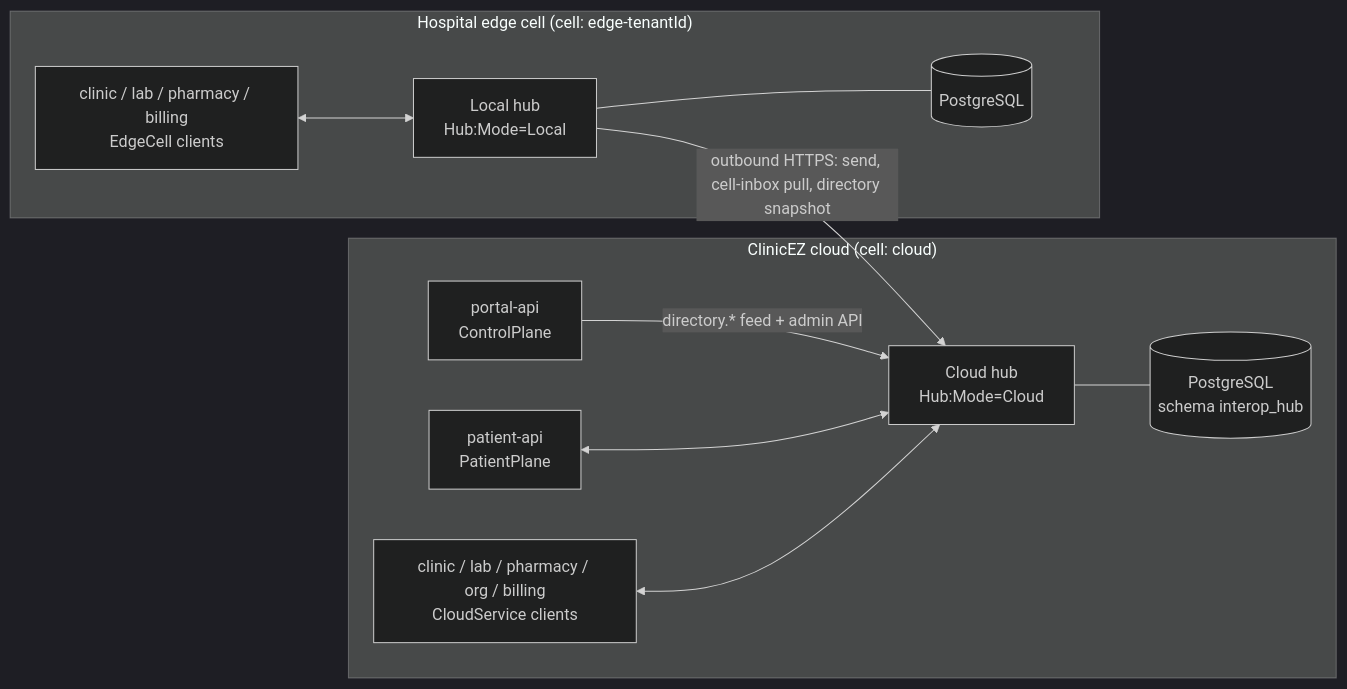
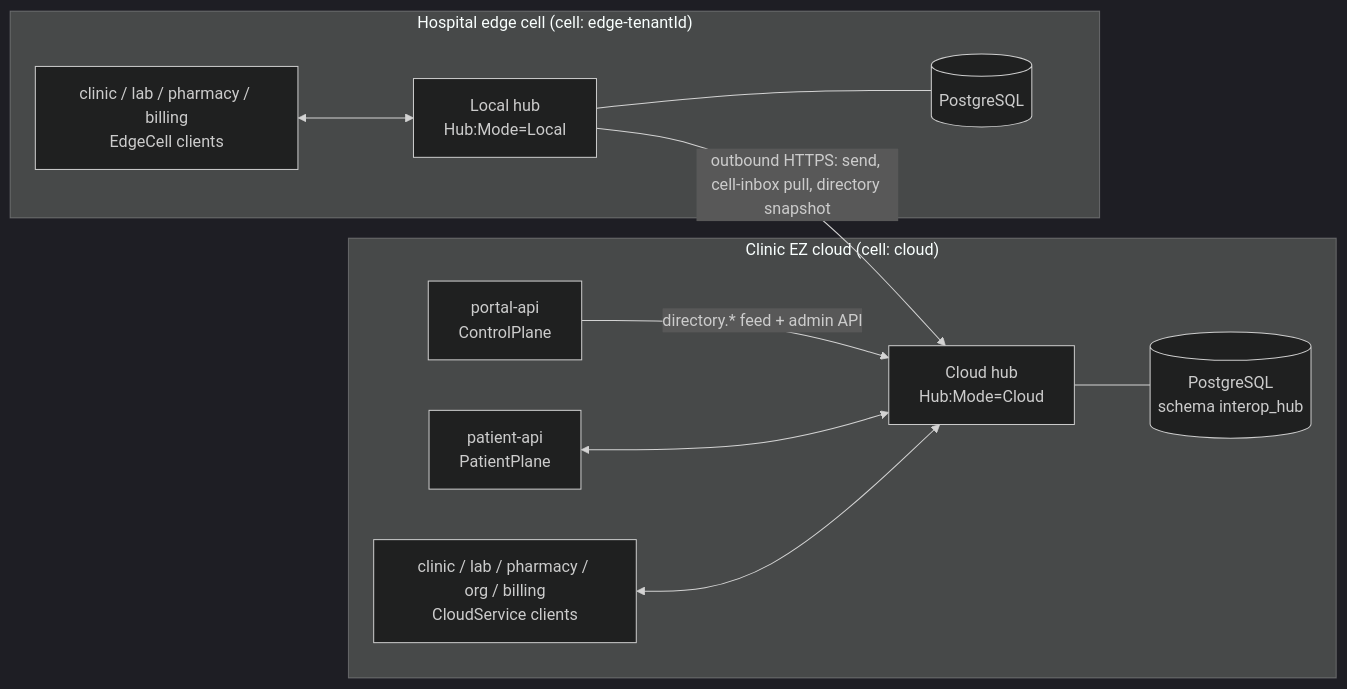
The first of 4 diagrams in docs/architecture/interop-hub.md (NextStep-Software-Solutions-Inc/clinicez-arch2), drawn with Mermaid (dark theme) before and after one commit. The commit also changed other lines of this file and 136 other files, not shown here.

````diff
--- a/docs/architecture/interop-hub.md
+++ b/docs/architecture/interop-hub.md
@@ -11,21 +11,21 @@
 ```mermaid
 flowchart LR
-  subgraph CLOUD["ClinicEZ cloud (cell: cloud)"]
+  subgraph CLOUD["Clinic EZ cloud (cell: cloud)"]
     CH["Cloud hub<br/>Hub:Mode=Cloud"]
     PG[("PostgreSQL<br/>schema interop_hub")]
     PORTAL["portal-api<br/>ControlPlane"]
     PAPI["patient-api<br/>PatientPlane"]
     CS["clinic / lab / pharmacy / org / billing<br/>CloudService clients"]
     CH --- PG
     PORTAL -- "directory.* feed + admin API" --> CH
     PAPI <--> CH
     CS <--> CH
   end
   subgraph EDGE["Hospital edge cell (cell: edge-tenantId)"]
     LH["Local hub<br/>Hub:Mode=Local"]
     EC["clinic / lab / pharmacy / billing<br/>EdgeCell clients"]
     LH --- LPG[("PostgreSQL")]
     EC <--> LH
   end
   LH -- "outbound HTTPS: send, cell-inbox pull, directory snapshot" --> CH
 ```
````
